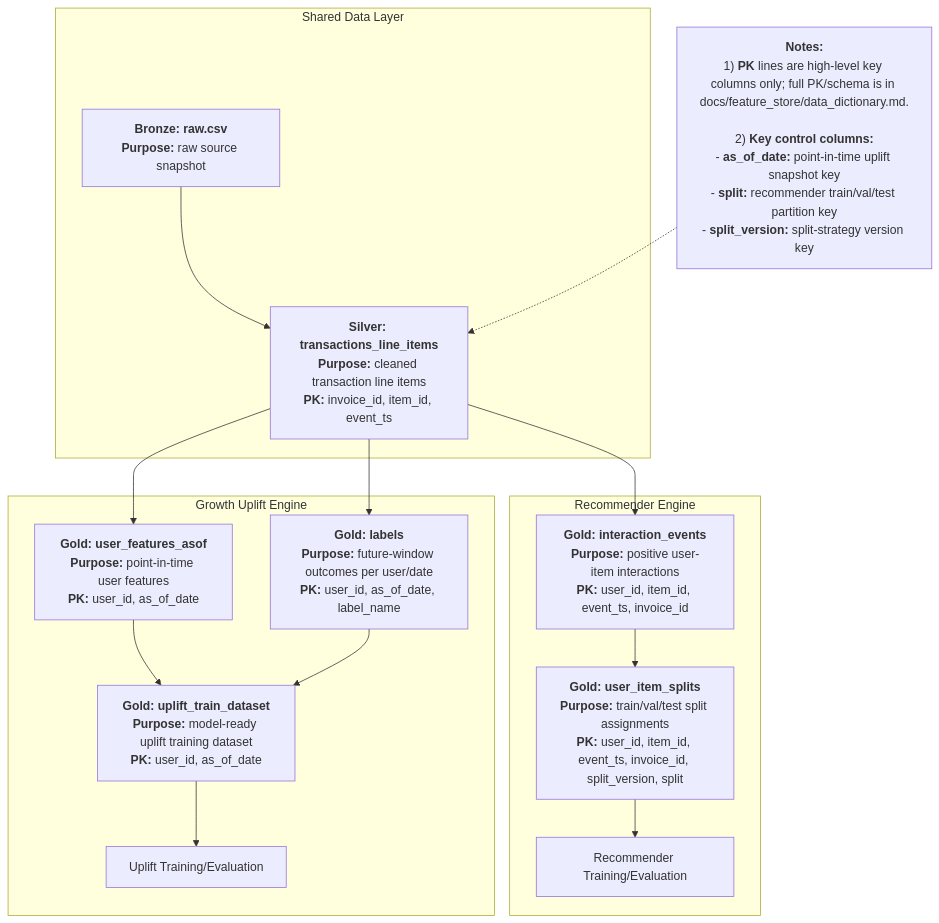
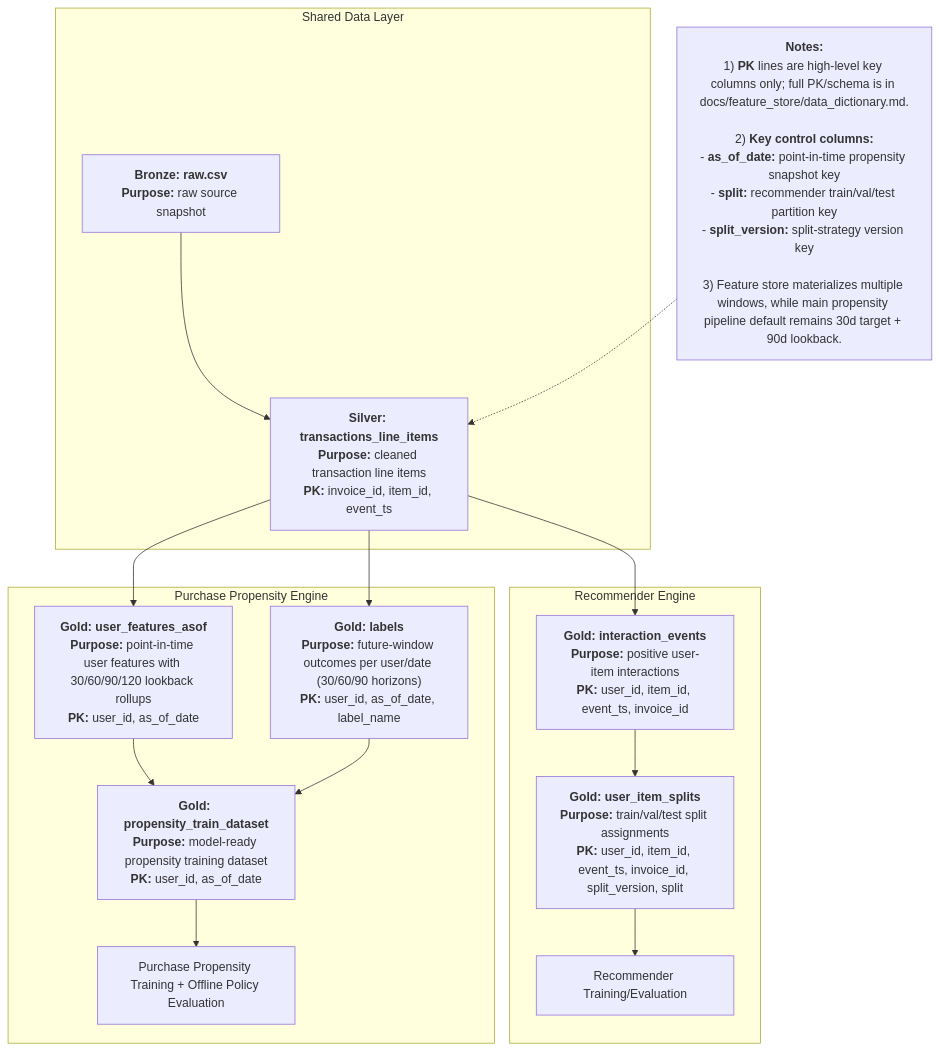
Before and after one commit to Phrey001/mle-marketplace-growth: the diagram in docs/feature_store/diagrams/feature_store_target_data_model.mmd, drawn with Mermaid. The commit also changed 64 other files, not shown here.

Commit message:
checkpt, before extensive refactor for clean train-val-test split, and retraining workflow, including clear 2-model implementation (purchase propensity + revenue prediction) using derived RMF features

```diff
--- a/docs/feature_store/diagrams/feature_store_target_data_model.mmd
+++ b/docs/feature_store/diagrams/feature_store_target_data_model.mmd
@@ -1,21 +1,21 @@
 flowchart TD
   subgraph shared_layer["Shared Data Layer"]
     A["<b>Bronze: raw.csv</b><br/><b>Purpose:</b> raw source snapshot"] --> B["<b>Silver: transactions_line_items</b><br/><b>Purpose:</b> cleaned transaction line items<br/><b>PK:</b> invoice_id, item_id, event_ts"]
   end
 
   subgraph recommender_engine["Recommender Engine"]
     B --> C["<b>Gold: interaction_events</b><br/><b>Purpose:</b> positive user-item interactions<br/><b>PK:</b> user_id, item_id, event_ts, invoice_id"]
     C --> E["<b>Gold: user_item_splits</b><br/><b>Purpose:</b> train/val/test split assignments<br/><b>PK:</b> user_id, item_id, event_ts, invoice_id, split_version, split"]
     E --> G["Recommender Training/Evaluation"]
   end
 
-  subgraph uplift_engine["Growth Uplift Engine"]
-    B --> D["<b>Gold: user_features_asof</b><br/><b>Purpose:</b> point-in-time user features<br/><b>PK:</b> user_id, as_of_date"]
-    B --> L["<b>Gold: labels</b><br/><b>Purpose:</b> future-window outcomes per user/date<br/><b>PK:</b> user_id, as_of_date, label_name"]
-    D --> T["<b>Gold: uplift_train_dataset</b><br/><b>Purpose:</b> model-ready uplift training dataset<br/><b>PK:</b> user_id, as_of_date"]
+  subgraph propensity_engine["Purchase Propensity Engine"]
+    B --> D["<b>Gold: user_features_asof</b><br/><b>Purpose:</b> point-in-time user features with 30/60/90/120 lookback rollups<br/><b>PK:</b> user_id, as_of_date"]
+    B --> L["<b>Gold: labels</b><br/><b>Purpose:</b> future-window outcomes per user/date (30/60/90 horizons)<br/><b>PK:</b> user_id, as_of_date, label_name"]
+    D --> T["<b>Gold: propensity_train_dataset</b><br/><b>Purpose:</b> model-ready propensity training dataset<br/><b>PK:</b> user_id, as_of_date"]
     L --> T
-    T --> F["Uplift Training/Evaluation"]
+    T --> F["Purchase Propensity Training + Offline Policy Evaluation"]
   end
 
-  N["<b>Notes:</b><br/>1) <b>PK</b> lines are high-level key columns only; full PK/schema is in docs/feature_store/data_dictionary.md.<br/><br/>2) <b>Key control columns:</b><br/>- <b>as_of_date:</b> point-in-time uplift snapshot key<br/>- <b>split:</b> recommender train/val/test partition key<br/>- <b>split_version:</b> split-strategy version key"]
+  N["<b>Notes:</b><br/>1) <b>PK</b> lines are high-level key columns only; full PK/schema is in docs/feature_store/data_dictionary.md.<br/><br/>2) <b>Key control columns:</b><br/>- <b>as_of_date:</b> point-in-time propensity snapshot key<br/>- <b>split:</b> recommender train/val/test partition key<br/>- <b>split_version:</b> split-strategy version key<br/><br/>3) Feature store materializes multiple windows, while main propensity pipeline default remains 30d target + 90d lookback."]
   N -.-> B
```
